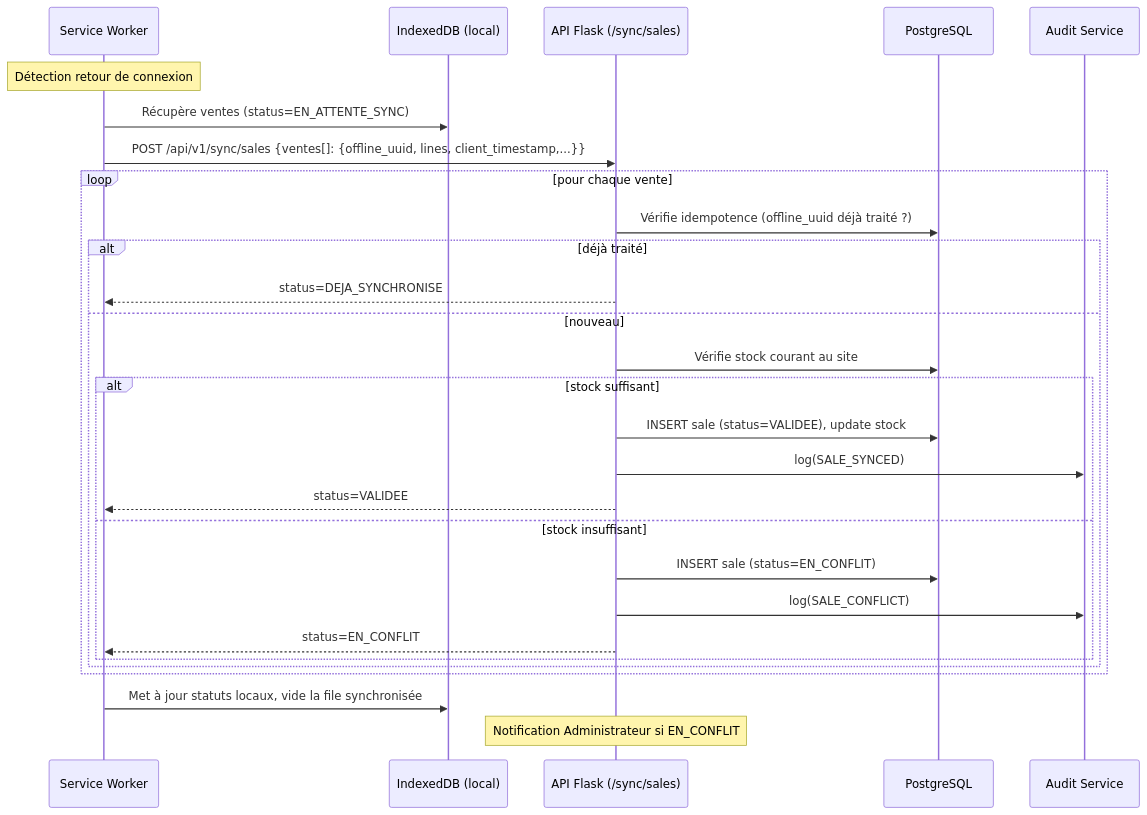
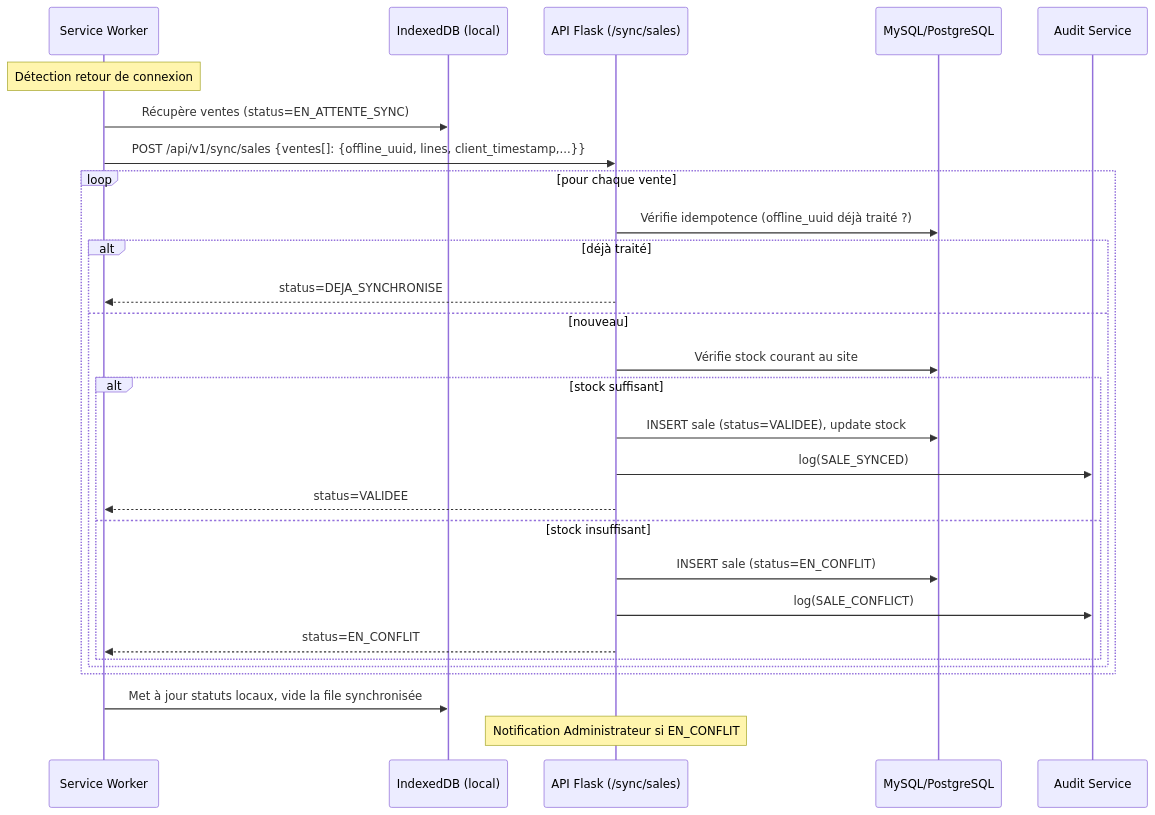
The fourth of 8 diagrams in docs/07-DIAGRAMMES-UML.md (MannuPy/Gec_com), drawn with Mermaid before and after one commit. The commit also changed other lines of this file and 88 other files, not shown here.

````diff
--- a/docs/07-DIAGRAMMES-UML.md
+++ b/docs/07-DIAGRAMMES-UML.md
@@ -296,31 +300,31 @@
 ```mermaid
 sequenceDiagram
     participant SW as Service Worker
     participant IDB as IndexedDB (local)
     participant API as API Flask (/sync/sales)
-    participant DB as PostgreSQL
+    participant DB as MySQL/PostgreSQL
     participant AUD as Audit Service
 
     Note over SW: Détection retour de connexion
     SW->>IDB: Récupère ventes (status=EN_ATTENTE_SYNC)
     SW->>API: POST /api/v1/sync/sales {ventes[]: {offline_uuid, lines, client_timestamp,...}}
     loop pour chaque vente
         API->>DB: Vérifie idempotence (offline_uuid déjà traité ?)
         alt déjà traité
             API-->>SW: status=DEJA_SYNCHRONISE
         else nouveau
             API->>DB: Vérifie stock courant au site
             alt stock suffisant
                 API->>DB: INSERT sale (status=VALIDEE), update stock
                 API->>AUD: log(SALE_SYNCED)
                 API-->>SW: status=VALIDEE
             else stock insuffisant
                 API->>DB: INSERT sale (status=EN_CONFLIT)
                 API->>AUD: log(SALE_CONFLICT)
                 API-->>SW: status=EN_CONFLIT
             end
         end
     end
     SW->>IDB: Met à jour statuts locaux, vide la file synchronisée
     Note over API: Notification Administrateur si EN_CONFLIT
 ```
````
